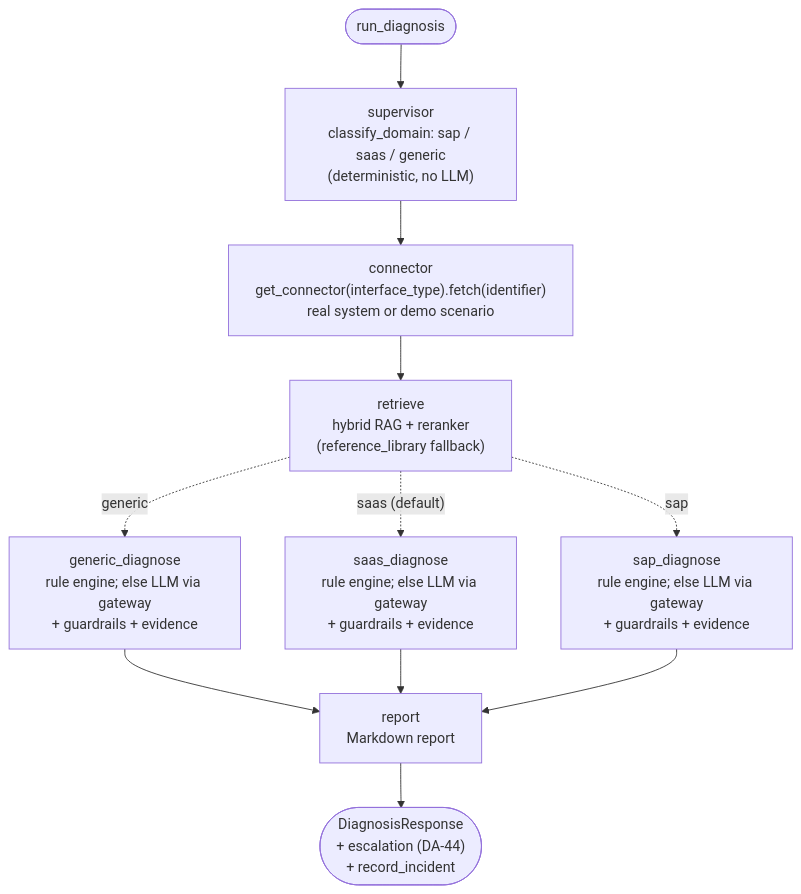
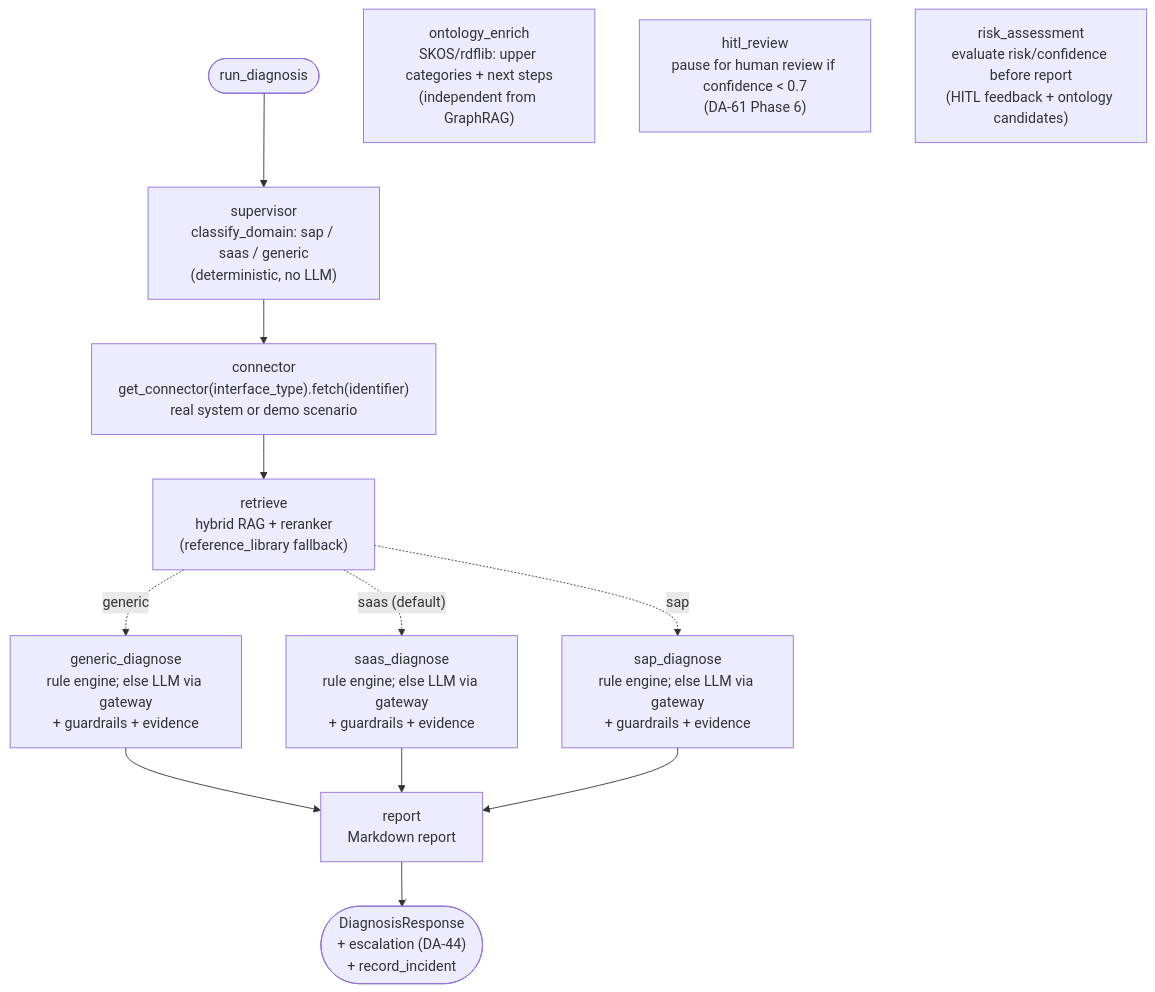
The diagram in README.md (marcos-slima/integration-incident-copilot), drawn with Mermaid before and after one commit. The commit also changed 14 other files, not shown here.

First line of the commit message:
feat(DA-61): implement Fase 6 (HITL + risk assessment)

````diff
--- a/README.md
+++ b/README.md
@@ -57,22 +57,25 @@
 ```mermaid
 flowchart TD
     inicio(["run_diagnosis"])
     supervisor["supervisor<br/>classify_domain: sap / saas / generic<br/>(deterministic, no LLM)"]
     connector["connector<br/>get_connector(interface_type).fetch(identifier)<br/>real system or demo scenario"]
     retrieve["retrieve<br/>hybrid RAG + reranker<br/>(reference_library fallback)"]
     sap_diagnose["sap_diagnose<br/>rule engine; else LLM via gateway<br/>+ guardrails + evidence"]
     saas_diagnose["saas_diagnose<br/>rule engine; else LLM via gateway<br/>+ guardrails + evidence"]
     generic_diagnose["generic_diagnose<br/>rule engine; else LLM via gateway<br/>+ guardrails + evidence"]
     report["report<br/>Markdown report"]
+    ontology_enrich["ontology_enrich<br/>SKOS/rdflib: upper categories + next steps<br/>(independent from GraphRAG)"]
+    hitl_review["hitl_review<br/>pause for human review if confidence < 0.7<br/>(DA-61 Phase 6)"]
+    risk_assessment["risk_assessment<br/>evaluate risk/confidence before report<br/>(HITL feedback + ontology candidates)"]
     fim(["DiagnosisResponse<br/>+ escalation (DA-44)<br/>+ record_incident"])
     inicio --> supervisor
     connector --> retrieve
     generic_diagnose --> report
     report --> fim
     retrieve -.->|"generic"| generic_diagnose
     retrieve -.->|"saas (default)"| saas_diagnose
     retrieve -.->|"sap"| sap_diagnose
     saas_diagnose --> report
     sap_diagnose --> report
     supervisor --> connector
 ```
````
